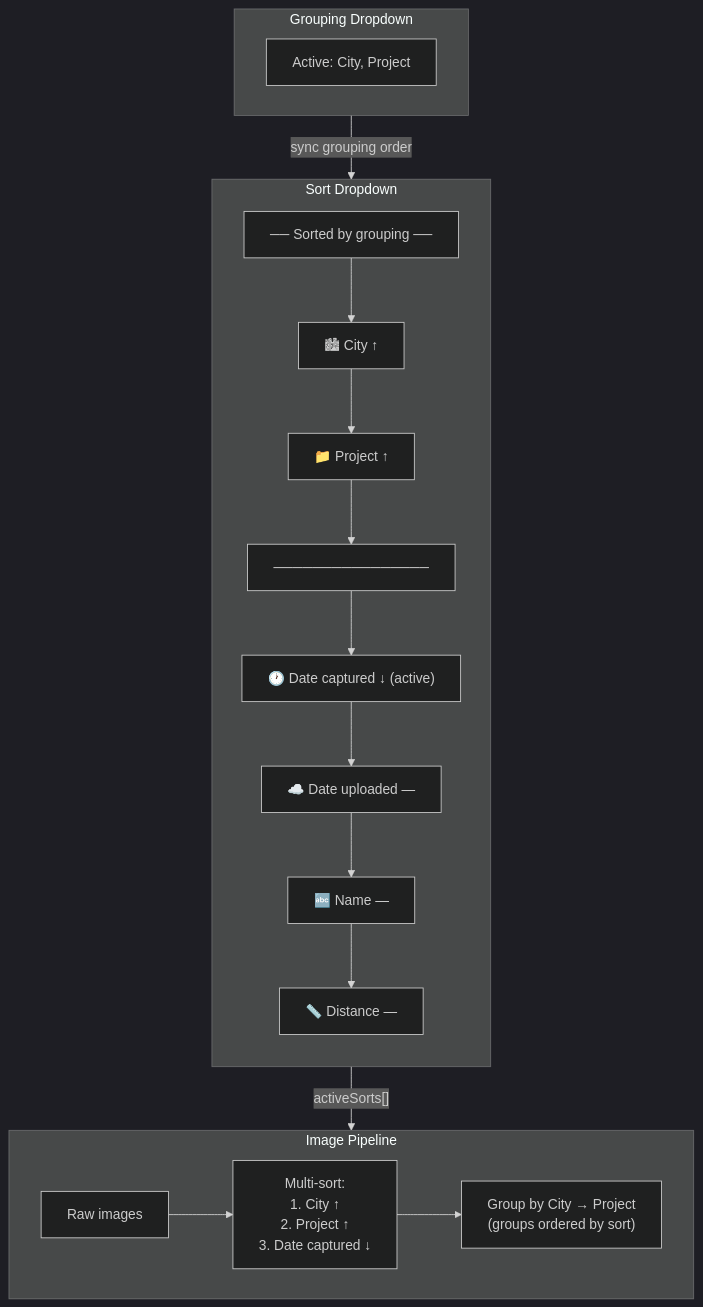
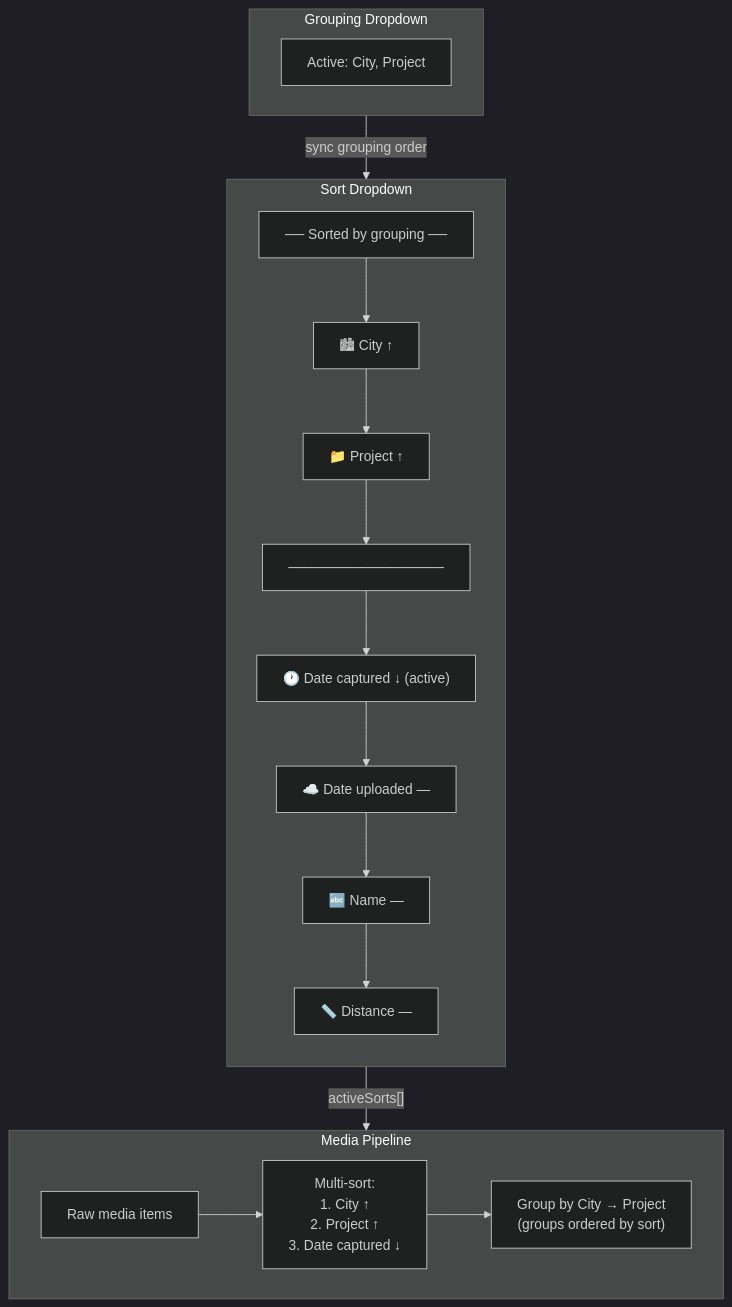
One commit to matkleve/feldpost changed the fourth of 7 diagrams in docs/specs/component/sort-dropdown.md. Above: the diagram before and after it, drawn with Mermaid (dark theme). The commit also changed other lines of this file and 26 other files, not shown here.

First line of the commit message:
refactor: update terminology from 'images' to 'media items' across documentation

````diff
--- a/docs/specs/component/sort-dropdown.md
+++ b/docs/specs/component/sort-dropdown.md
@@ -239,32 +239,32 @@
 ```mermaid
 flowchart TD
     subgraph GroupingDD["Grouping Dropdown"]
         G1["Active: City, Project"]
     end
 
     subgraph SortDD["Sort Dropdown"]
         direction TB
         Section1["── Sorted by grouping ──"]
         S1["🏙 City         ↑"]
         S2["📁 Project      ↑"]
         Divider["────────────────"]
         S3["🕐 Date captured ↓  (active)"]
         S4["☁️ Date uploaded —"]
         S5["🔤 Name         —"]
         S6["📏 Distance     —"]
 
         Section1 --> S1 --> S2 --> Divider --> S3 --> S4 --> S5 --> S6
     end
 
     GroupingDD -->|"sync grouping order"| SortDD
 
-    subgraph Pipeline["Image Pipeline"]
+    subgraph Pipeline["Media Pipeline"]
         direction LR
-        Raw["Raw images"]
+        Raw["Raw media items"]
         Sorted["Multi-sort:\n1. City ↑\n2. Project ↑\n3. Date captured ↓"]
         Grouped["Group by City → Project\n(groups ordered by sort)"]
         Raw --> Sorted --> Grouped
     end
 
     SortDD -->|"activeSorts[]"| Pipeline
 ```
````
